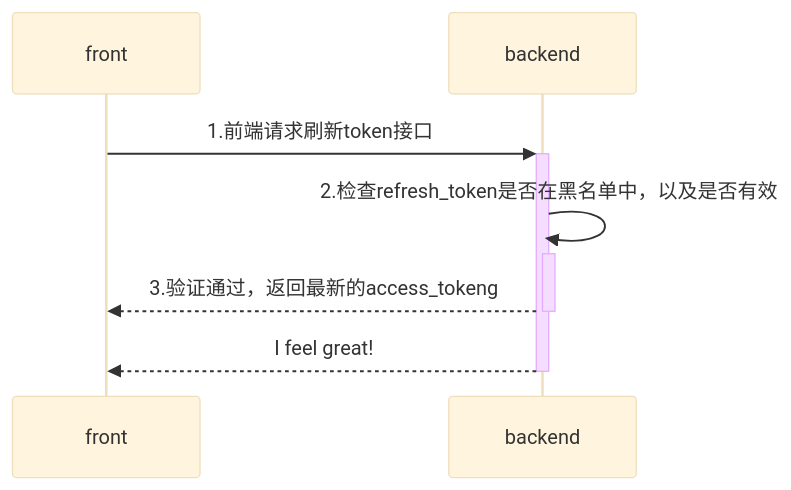
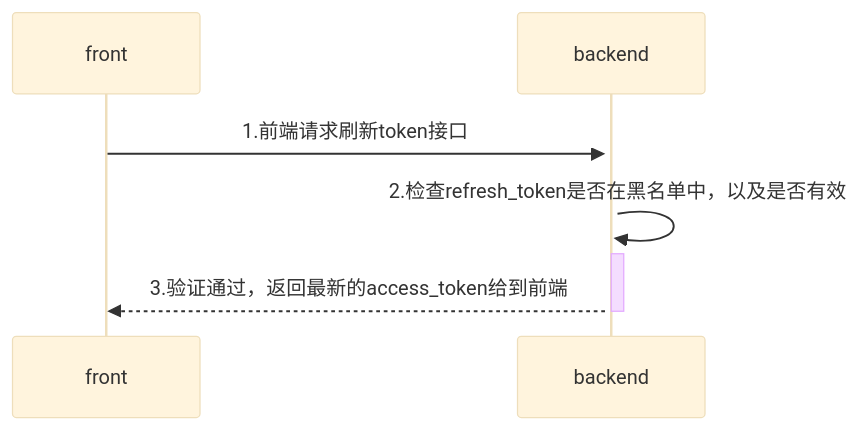
The diagram in all/未命名-4.md (yingjianzh/iodraw-files), drawn with Mermaid (base theme) before and after one commit.

Commit message:
2024-08-02 17:45:50 update

````diff
--- a/all/未命名-4.md
+++ b/all/未命名-4.md
@@ -1,8 +1,7 @@
 ```mermaid
 sequenceDiagram
     front->>+backend: 1.前端请求刷新token接口
     backend->>+backend: 2.检查refresh_token是否在黑名单中，以及是否有效
-    backend-->>-front: 3.验证通过，返回最新的access_tokeng
-    backend-->>-front: I feel great!
+    backend-->>-front: 3.验证通过，返回最新的access_token给到前端
             
 ```
````
